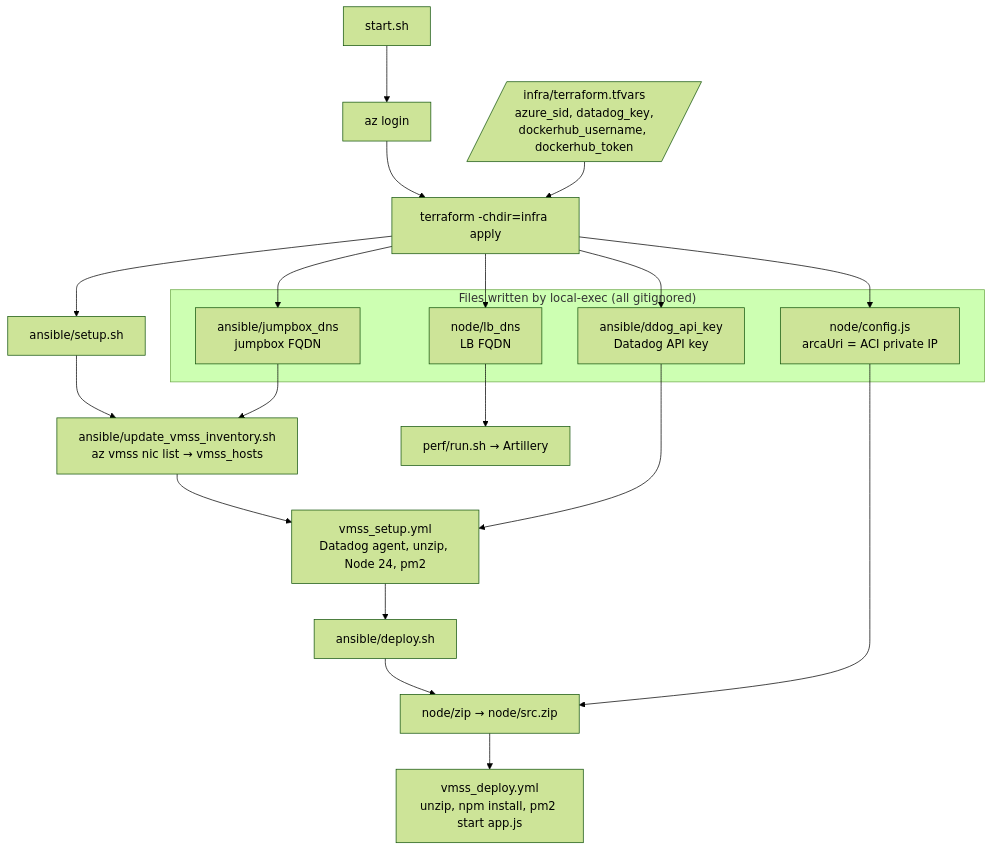
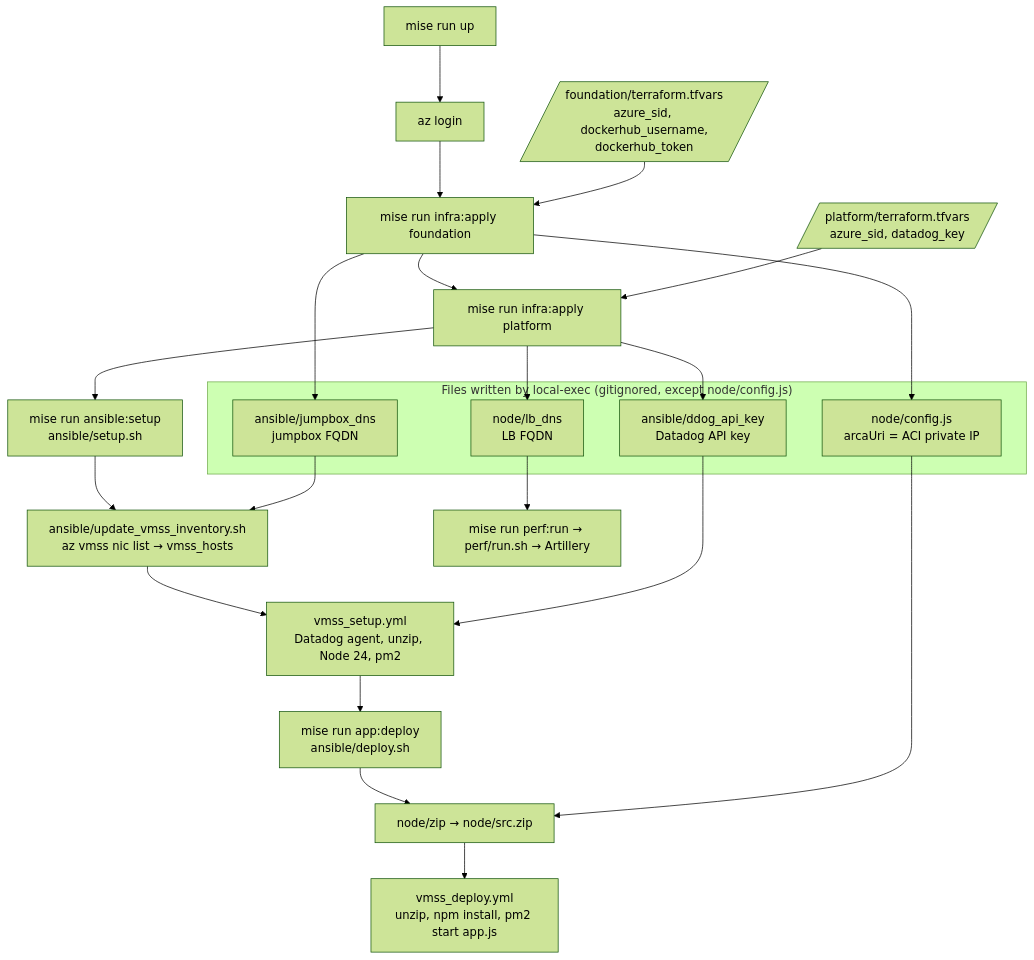
One commit to tcorzo/fiuba-2026C2-arq-tp2 changed the third of 3 diagrams in docs/infra/overview.md. Above: the diagram before and after it, drawn with Mermaid (forest theme). The commit also changed other lines of this file and 48 other files, not shown here.

First line of the commit message:
Restructure Terraform into stacks and modules, add mise tasks (#2)

````diff
--- a/docs/infra/overview.md
+++ b/docs/infra/overview.md
@@ -120,35 +122,39 @@
 ```mermaid
 flowchart TD
-    tfvars[/infra/terraform.tfvars<br/>azure_sid, datadog_key,<br/>dockerhub_username, dockerhub_token/]
-    start[start.sh]
+    tfvarsf[/foundation/terraform.tfvars<br/>azure_sid, dockerhub_username,<br/>dockerhub_token/]
+    tfvarsp[/platform/terraform.tfvars<br/>azure_sid, datadog_key/]
+    start[mise run up]
     login[az login]
-    apply[terraform -chdir=infra apply]
+    applyf[mise run infra:apply foundation]
+    apply[mise run infra:apply platform]
 
-    start --> login --> apply
-    tfvars --> apply
+    start --> login --> applyf --> apply
+    tfvarsf --> applyf
+    tfvarsp --> apply
 
-    subgraph files["Files written by local-exec (all gitignored)"]
+    subgraph files["Files written by local-exec (gitignored, except node/config.js)"]
         cfg[node/config.js<br/>arcaUri = ACI private IP]
         lbdns[node/lb_dns<br/>LB FQDN]
         jbdns[ansible/jumpbox_dns<br/>jumpbox FQDN]
         ddkey[ansible/ddog_api_key<br/>Datadog API key]
     end
 
-    apply --> cfg & lbdns & jbdns & ddkey
+    applyf --> cfg & jbdns
+    apply --> lbdns & ddkey
 
-    setup[ansible/setup.sh]
+    setup[mise run ansible:setup<br/>ansible/setup.sh]
     inv[ansible/update_vmss_inventory.sh<br/>az vmss nic list → vmss_hosts]
     pbsetup[vmss_setup.yml<br/>Datadog agent, unzip, Node 24, pm2]
-    deploy[ansible/deploy.sh]
+    deploy[mise run app:deploy<br/>ansible/deploy.sh]
     zip[node/zip → node/src.zip]
     pbdeploy[vmss_deploy.yml<br/>unzip, npm install, pm2 start app.js]
 
     apply --> setup --> inv --> pbsetup
     jbdns --> inv
     ddkey --> pbsetup
     pbsetup --> deploy --> zip --> pbdeploy
     cfg --> zip
 
-    perf[perf/run.sh → Artillery]
+    perf[mise run perf:run → perf/run.sh → Artillery]
     lbdns --> perf
 ```
````
